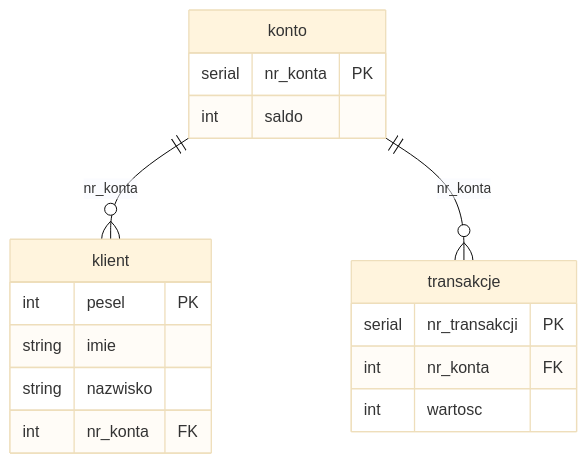
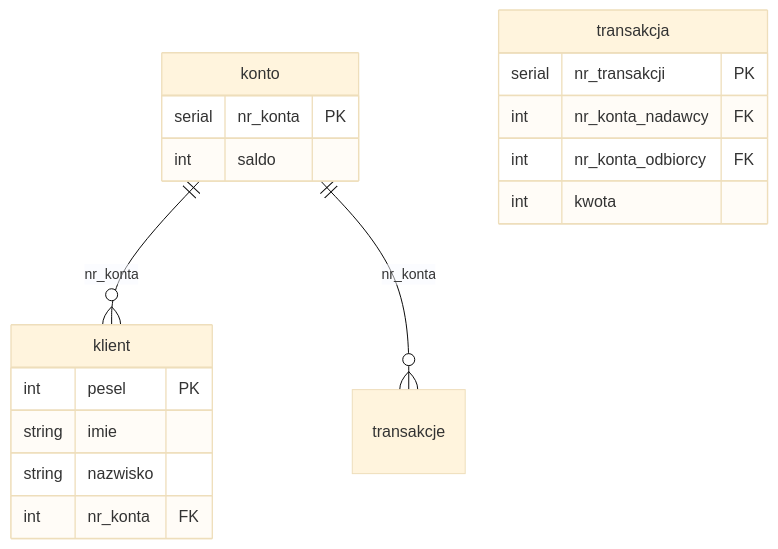
One commit to martafigurska/MIniBank changed the diagram in README.md. Above: the diagram before and after it, drawn with Mermaid (base theme).

Commit message:
transaction changes

````diff
--- a/README.md
+++ b/README.md
@@ -8,24 +8,25 @@
 ```mermaid
 erDiagram
     klient {
         int pesel PK
         string imie
         string nazwisko
         int nr_konta FK 
     }
 
     konto {
         serial nr_konta PK
         int saldo 
     }
 
-    transakcje{
+    transakcja {
         serial nr_transakcji PK
-        int nr_konta FK
-        int wartosc
+        int nr_konta_nadawcy FK
+        int nr_konta_odbiorcy FK
+        int kwota
     }
 
     konto ||--o{ klient : "nr_konta"
     konto ||--o{ transakcje : "nr_konta"
 
 ```
````
